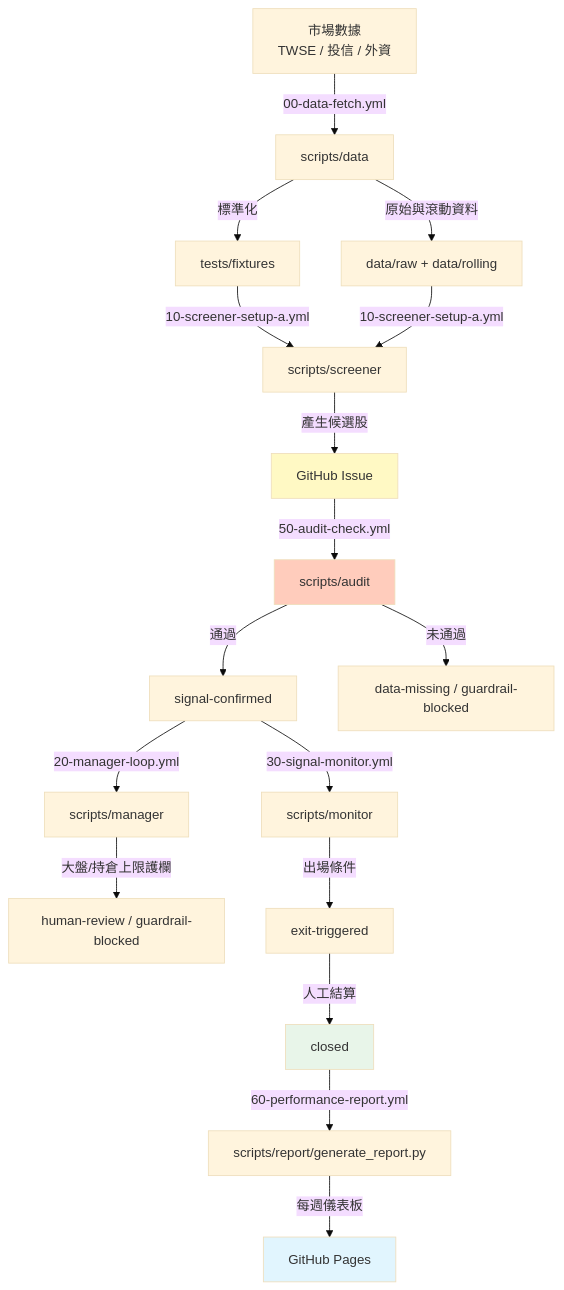
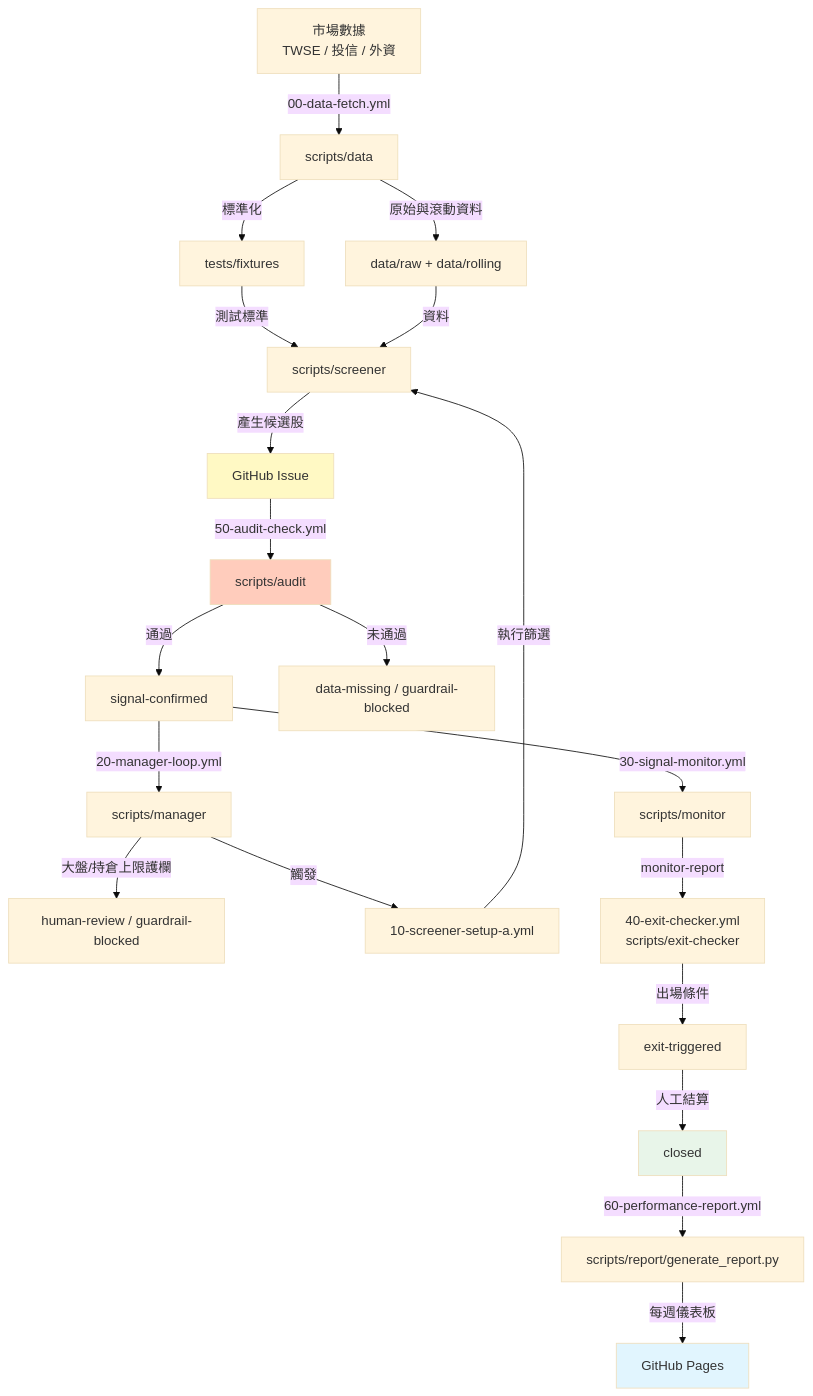
The diagram in system-map.md (nicklai12/tw-institutional-strategy), drawn with Mermaid (base theme) before and after one commit. The commit also changed other lines of this file and 11 other files, not shown here.

First line of the commit message:
Add exit checker workflow and adjust auto-ok semantics

````diff
--- a/system-map.md
+++ b/system-map.md
@@ -9,24 +9,27 @@
 ```mermaid
 graph TD
     A[市場數據<br/>TWSE / 投信 / 外資] -->|00-data-fetch.yml| B[scripts/data]
     B -->|標準化| C[tests/fixtures]
     B -->|原始與滾動資料| D[data/raw + data/rolling]
-    C -->|10-screener-setup-a.yml| E[scripts/screener]
-    D -->|10-screener-setup-a.yml| E
+    H[signal-confirmed] -->|20-manager-loop.yml| J[scripts/manager]
+    J -->|大盤/持倉上限護欄| K[human-review / guardrail-blocked]
+    J -->|觸發| Q[10-screener-setup-a.yml]
+    C -->|測試標準| E[scripts/screener]
+    D -->|資料| E
+    Q -->|執行篩選| E
     E -->|產生候選股| F[GitHub Issue]
     F -->|50-audit-check.yml| G[scripts/audit]
-    G -->|通過| H[signal-confirmed]
+    G -->|通過| H
     G -->|未通過| I[data-missing / guardrail-blocked]
-    H -->|20-manager-loop.yml| J[scripts/manager]
-    J -->|大盤/持倉上限護欄| K[human-review / guardrail-blocked]
     H -->|30-signal-monitor.yml| L[scripts/monitor]
-    L -->|出場條件| M[exit-triggered]
+    L -->|monitor-report| R[40-exit-checker.yml<br/>scripts/exit-checker]
+    R -->|出場條件| M[exit-triggered]
     M -->|人工結算| N[closed]
     N -->|60-performance-report.yml| O[scripts/report/generate_report.py]
     O -->|每週儀表板| P[GitHub Pages]
 
     style F fill:#fff9c4
     style G fill:#ffccbc
     style N fill:#e8f5e9
     style P fill:#e1f5fe
 ```
````
